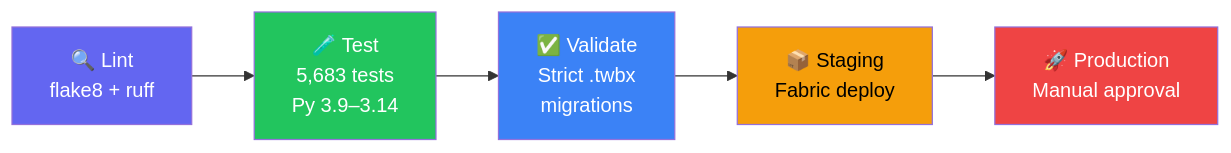
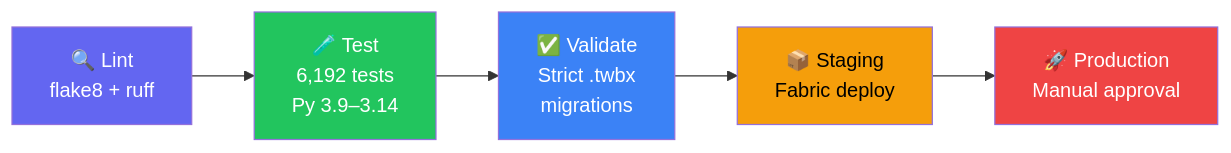
Before and after one commit to cyphou/Tableau-To-PowerBI: the second of 2 diagrams in README.md, drawn with Mermaid. The commit also changed other lines of this file and 5 other files, not shown here.

````diff
--- a/README.md
+++ b/README.md
@@ -608,13 +624,13 @@
 ```mermaid
 flowchart LR
-    L["🔍 Lint\nflake8 + ruff"] --> T["🧪 Test\n5,683 tests\nPy 3.9–3.14"]
+    L["🔍 Lint\nflake8 + ruff"] --> T["🧪 Test\n6,192 tests\nPy 3.9–3.14"]
     T --> V["✅ Validate\nStrict .twbx\nmigrations"]
     V --> S["📦 Staging\nFabric deploy"]
     S --> P["🚀 Production\nManual approval"]
     
     style L fill:#6366f1,color:#fff
     style T fill:#22c55e,color:#fff
     style V fill:#3b82f6,color:#fff
     style S fill:#f59e0b,color:#000
     style P fill:#ef4444,color:#fff
 ```
````
